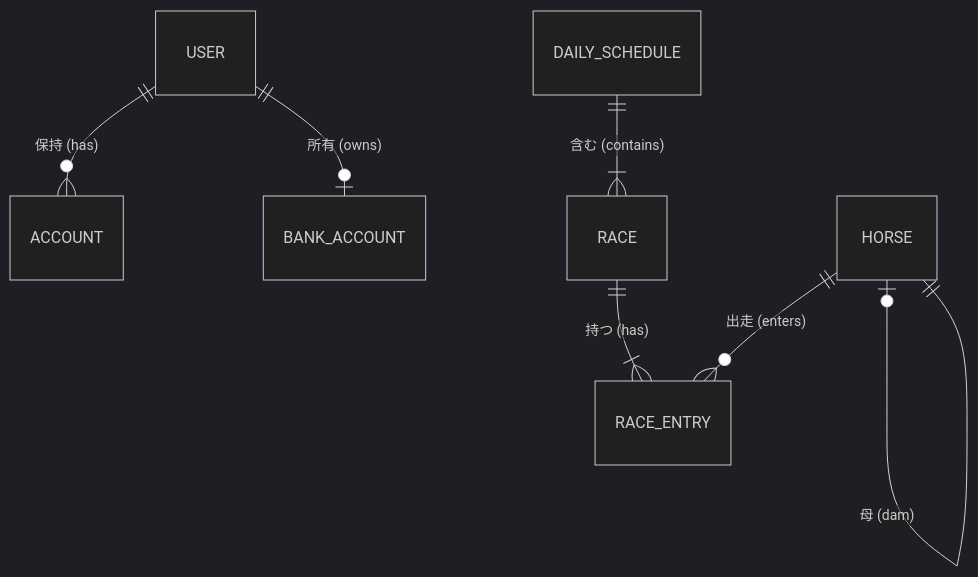
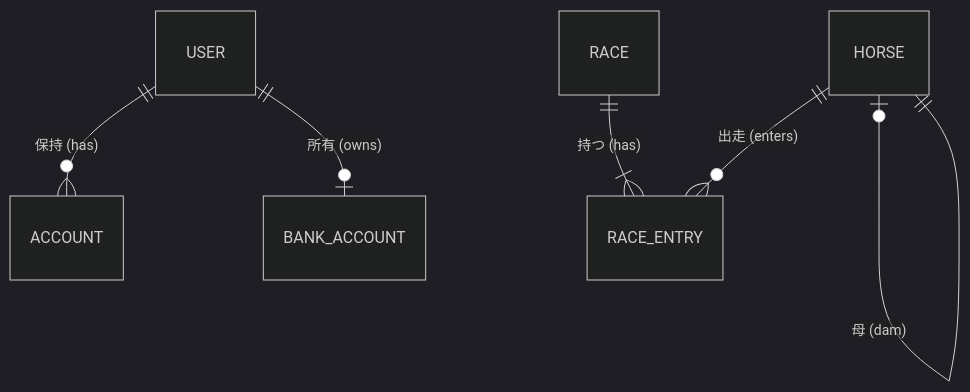
The diagram in docs/DATABASE_DESIGN.md (qwq-net/paper-tipster-web), drawn with Mermaid (dark theme) before and after one commit. The commit also changed other lines of this file and 24 other files, not shown here.

````diff
--- a/docs/DATABASE_DESIGN.md
+++ b/docs/DATABASE_DESIGN.md
@@ -166,12 +157,11 @@
 ```mermaid
 erDiagram
     USER ||--o{ ACCOUNT : "保持 (has)"
     USER ||--o| BANK_ACCOUNT : "所有 (owns)"
 
-    DAILY_SCHEDULE ||--|{ RACE : "含む (contains)"
     RACE ||--|{ RACE_ENTRY : "持つ (has)"
     HORSE ||--o{ RACE_ENTRY : "出走 (enters)"
 
     HORSE |o--|| HORSE : "父 (sire)"
     HORSE |o--|| HORSE : "母 (dam)"
 ```
````
